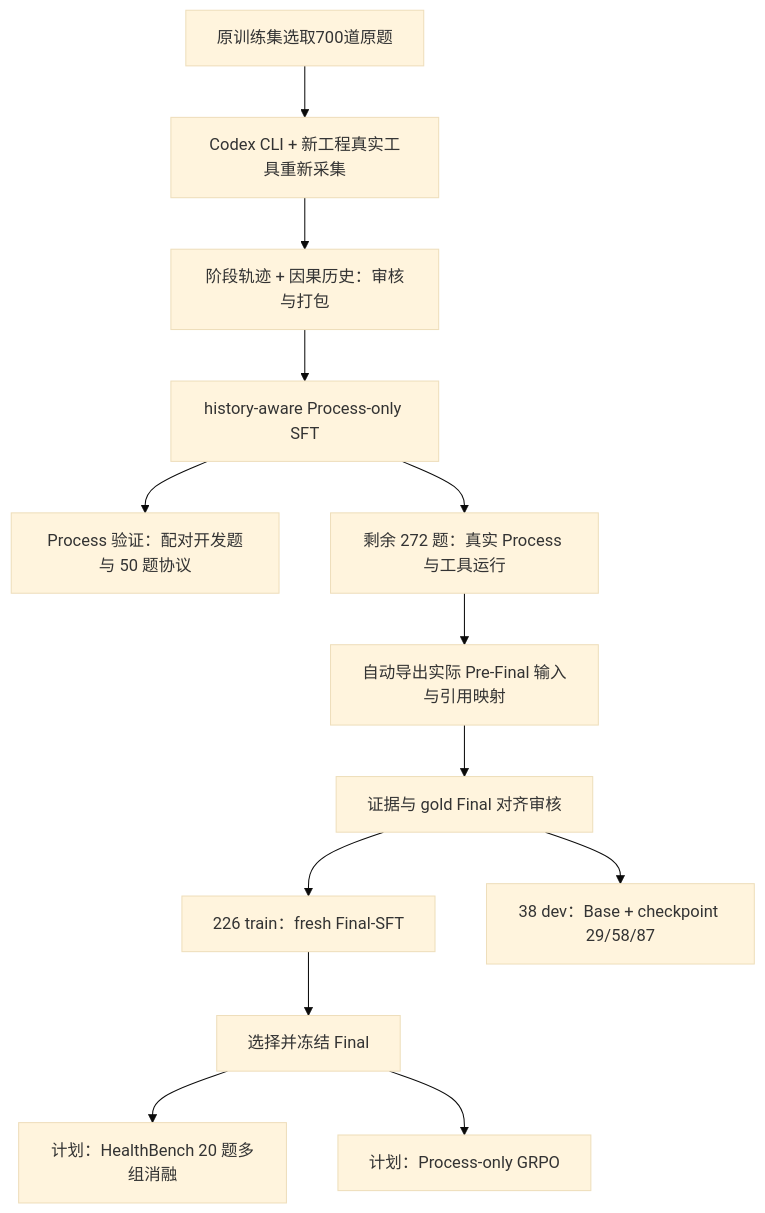
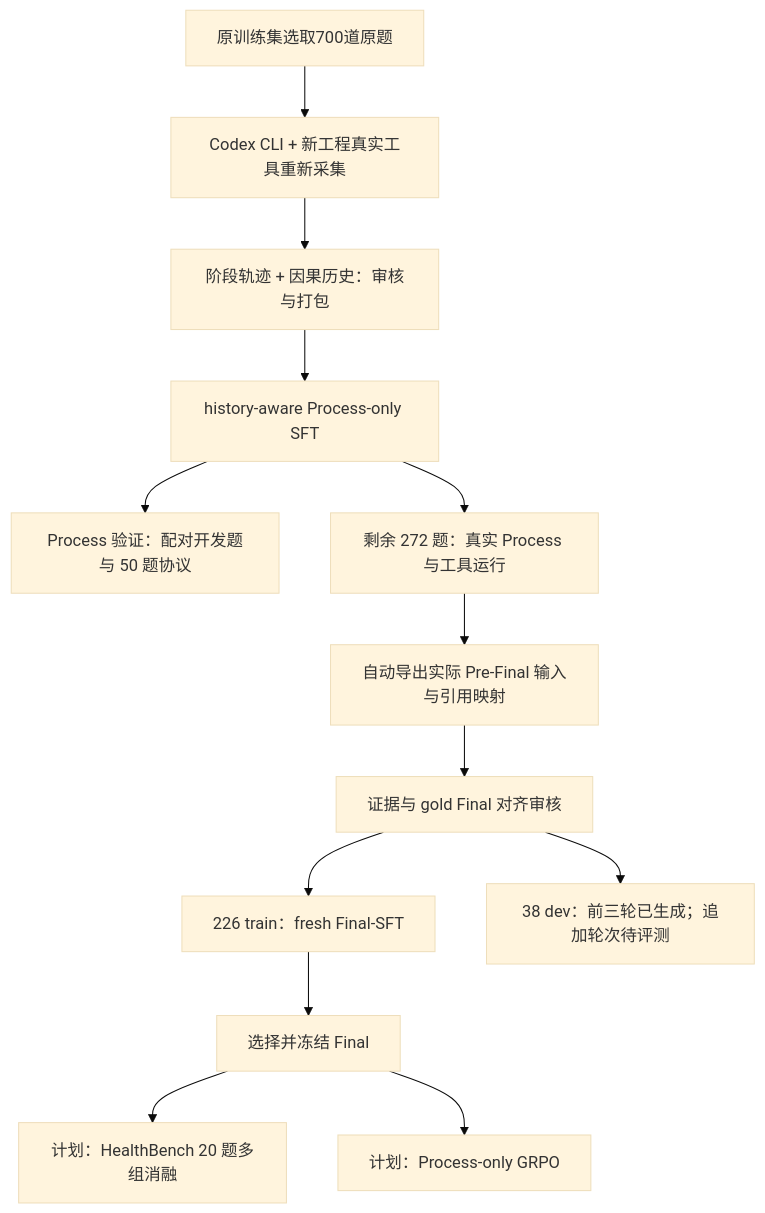
Before and after one commit to MaSunKing/medical-research-agent-grpo: the diagram in versions/process_final_sft/README.md, drawn with Mermaid (base theme). The commit also changed other lines of this file and 11 other files, not shown here.

````diff
--- a/versions/process_final_sft/README.md
+++ b/versions/process_final_sft/README.md
@@ -13,15 +13,15 @@
 ```mermaid
 flowchart TB
     Q[原训练集选取700道原题] --> CLI[Codex CLI + 新工程真实工具重新采集]
     CLI --> T[阶段轨迹 + 因果历史：审核与打包]
     T --> PS[history-aware Process-only SFT]
     PS --> PV[Process 验证：配对开发题与 50 题协议]
     PS --> Collect[剩余 272 题：真实 Process 与工具运行]
     Collect --> Package[自动导出实际 Pre-Final 输入与引用映射]
     Package --> Gate[证据与 gold Final 对齐审核]
     Gate --> FS[226 train：fresh Final-SFT]
-    Gate --> Dev[38 dev：Base + checkpoint 29/58/87]
+    Gate --> Dev[38 dev：前三轮已生成；追加轮次待评测]
     FS --> Frozen[选择并冻结 Final]
     Frozen --> Ablation[计划：HealthBench 20 题多组消融]
     Frozen --> RL[计划：Process-only GRPO]
 ```
````
